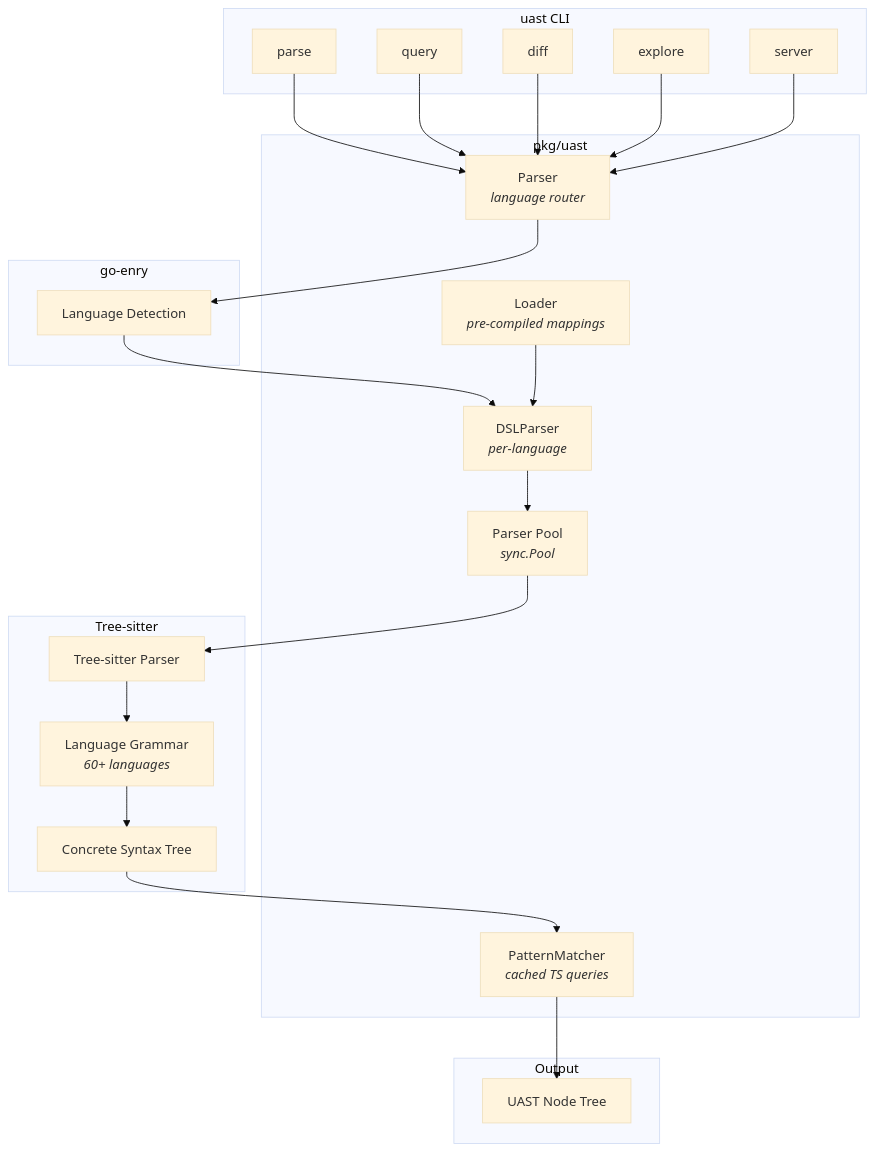
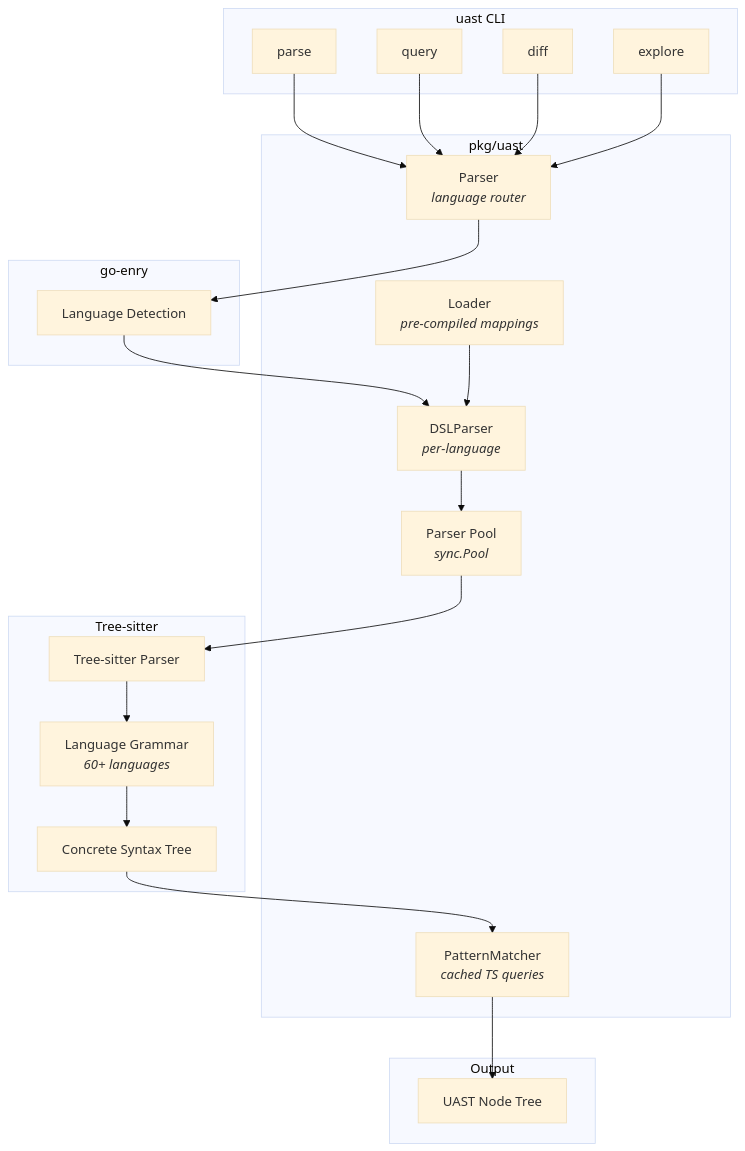
The second of 2 diagrams in site/architecture/uast.md (Sumatoshi-tech/codefang), drawn with Mermaid (base theme) before and after one commit. The commit also changed other lines of this file and 2279 other files, not shown here.

````diff
--- a/site/architecture/uast.md
+++ b/site/architecture/uast.md
@@ -396,48 +383,46 @@
 ```mermaid
 flowchart TB
     subgraph cli["uast CLI"]
         PARSE_CMD[parse]
         QUERY_CMD[query]
         DIFF_CMD[diff]
         EXPLORE_CMD[explore]
-        SERVER_CMD[server]
     end
 
     subgraph parser["pkg/uast"]
         LOADER[Loader<br/><em>pre-compiled mappings</em>]
         PARSER[Parser<br/><em>language router</em>]
         DSL[DSLParser<br/><em>per-language</em>]
         PM[PatternMatcher<br/><em>cached TS queries</em>]
         POOL[Parser Pool<br/><em>sync.Pool</em>]
     end
 
     subgraph treesitter["Tree-sitter"]
         TS_GRAMMAR[Language Grammar<br/><em>60+ languages</em>]
         TS_PARSER[Tree-sitter Parser]
         CST[Concrete Syntax Tree]
     end
 
     subgraph enry["go-enry"]
         LANG_DETECT[Language Detection]
     end
 
     subgraph output_nodes["Output"]
         UAST_TREE["UAST Node Tree"]
     end
 
     PARSE_CMD --> PARSER
     QUERY_CMD --> PARSER
     DIFF_CMD --> PARSER
     EXPLORE_CMD --> PARSER
-    SERVER_CMD --> PARSER
 
     PARSER --> LANG_DETECT
     LANG_DETECT --> DSL
     LOADER --> DSL
 
     DSL --> POOL --> TS_PARSER
     TS_PARSER --> TS_GRAMMAR
     TS_GRAMMAR --> CST
     CST --> PM
     PM --> UAST_TREE
 ```
````
